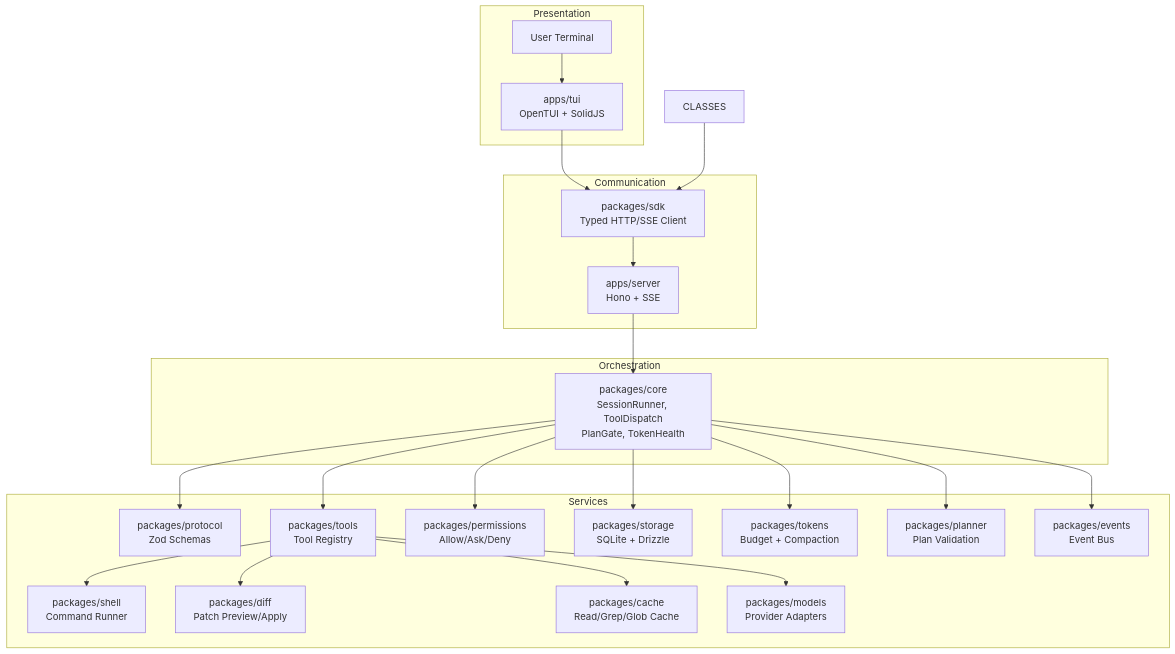
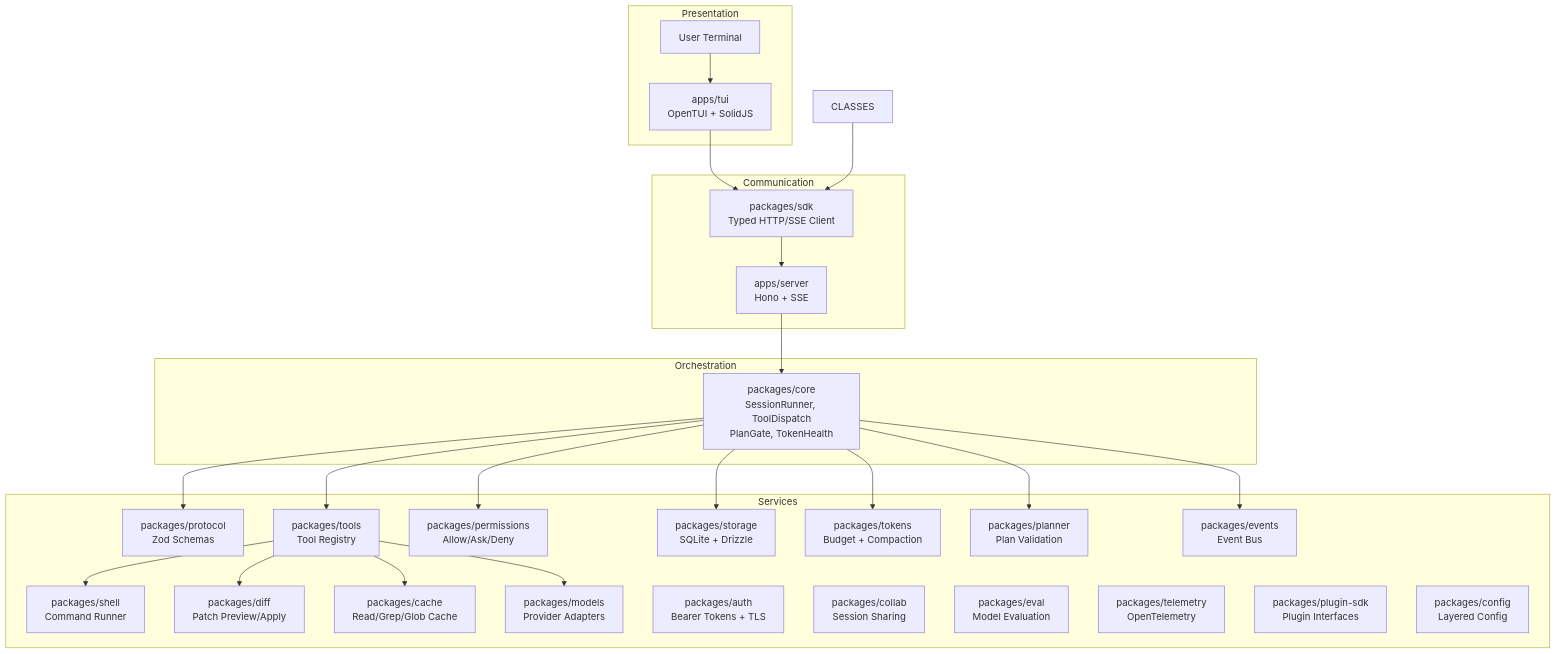
One commit to MerverliPy/agent-workbench changed the diagram in docs/02_ARCHITECTURE.md. Above: the diagram before and after it, drawn with Mermaid. The commit also changed other lines of this file and 16 other files, not shown here.

````diff
--- a/docs/02_ARCHITECTURE.md
+++ b/docs/02_ARCHITECTURE.md
@@ -15,44 +15,50 @@
 ```mermaid
 graph TB
     subgraph "Presentation"
         TERM[User Terminal]
         TUI[apps/tui<br/>OpenTUI + SolidJS]
     end
     subgraph "Communication"
         SDK[packages/sdk<br/>Typed HTTP/SSE Client]
         SRV[apps/server<br/>Hono + SSE]
     end
     subgraph "Orchestration"
         CORE[packages/core<br/>SessionRunner, ToolDispatch<br/>PlanGate, TokenHealth]
     end
     subgraph "Services"
         PROTO[packages/protocol<br/>Zod Schemas]
         TOOLS[packages/tools<br/>Tool Registry]
         PERM[packages/permissions<br/>Allow/Ask/Deny]
         SHELL[packages/shell<br/>Command Runner]
         STORE[packages/storage<br/>SQLite + Drizzle]
         TOK[packages/tokens<br/>Budget + Compaction]
         DIFF[packages/diff<br/>Patch Preview/Apply]
         PLNR[packages/planner<br/>Plan Validation]
         CACHE[packages/cache<br/>Read/Grep/Glob Cache]
         MODELS[packages/models<br/>Provider Adapters]
         EVT[packages/events<br/>Event Bus]
+        AUTH[packages/auth<br/>Bearer Tokens + TLS]
+        COLLAB[packages/collab<br/>Session Sharing]
+        EVAL[packages/eval<br/>Model Evaluation]
+        TELE[packages/telemetry<br/>OpenTelemetry]
+        PLUGIN[packages/plugin-sdk<br/>Plugin Interfaces]
+        CONFIG[packages/config<br/>Layered Config]
     end
 
     TERM --> TUI
     TUI --> SDK
     CLASSES --> SDK
     SDK --> SRV
     SRV --> CORE
     CORE --> PROTO
     CORE --> PERM
     CORE --> TOOLS
     CORE --> STORE
     CORE --> PLNR
     CORE --> TOK
     TOOLS --> SHELL
     TOOLS --> DIFF
     TOOLS --> CACHE
     TOOLS --> MODELS
     CORE --> EVT
 ```
````
